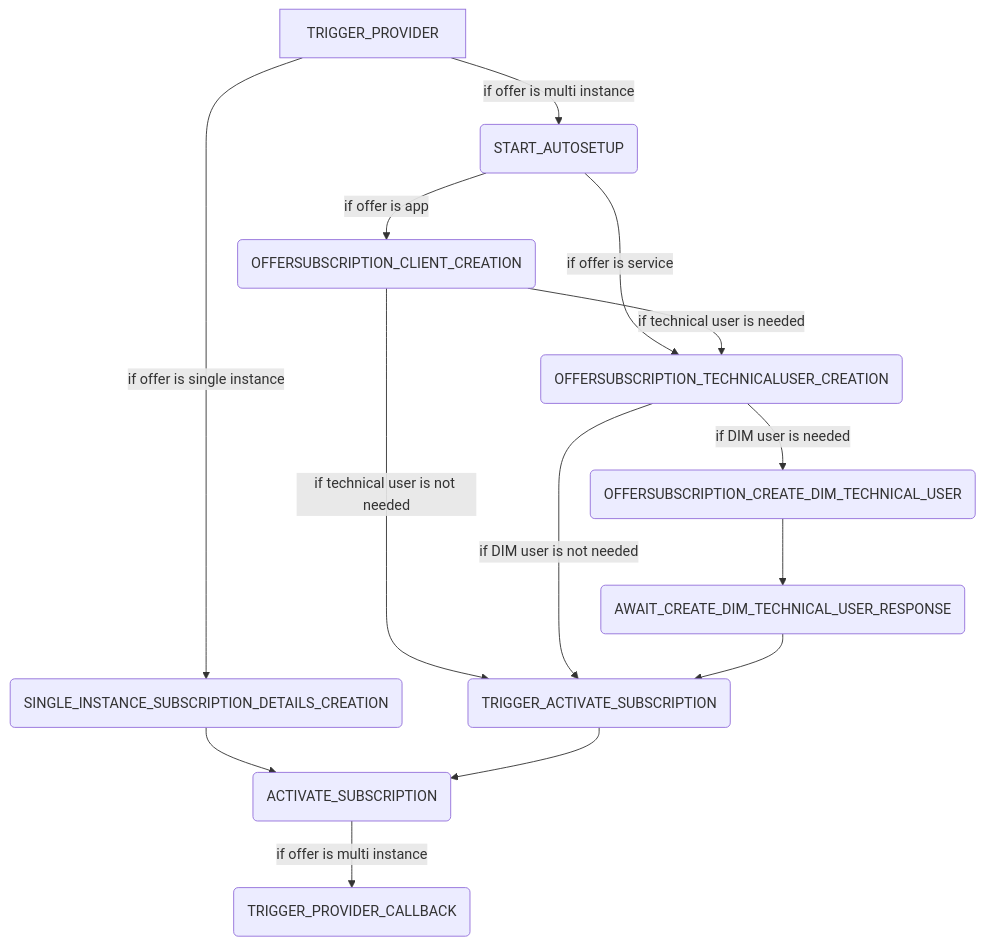
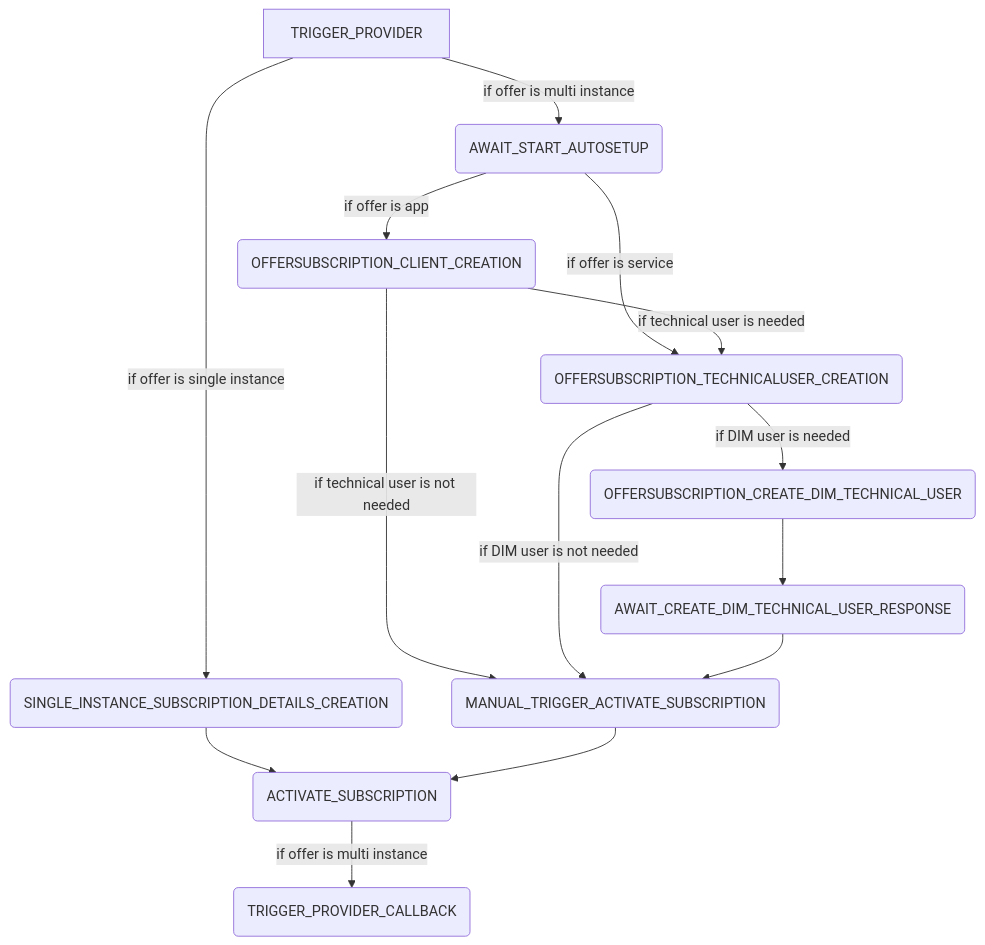
One commit to eclipse-tractusx/portal-assets changed the diagram in docs/developer/09. Process Workers/07. offer_subscription.md. Above: the diagram before and after it, drawn with Mermaid. The commit also changed other lines of this file and 9 other files, not shown here.

````diff
--- a/docs/developer/09. Process Workers/07. offer_subscription.md
+++ b/docs/developer/09. Process Workers/07. offer_subscription.md
@@ -7,27 +7,27 @@
 ```mermaid
 flowchart TD
     A[TRIGGER_PROVIDER]
     B(SINGLE_INSTANCE_SUBSCRIPTION_DETAILS_CREATION)
-    C(START_AUTOSETUP)
+    C(AWAIT_START_AUTOSETUP)
     D(OFFERSUBSCRIPTION_CLIENT_CREATION)
     E(OFFERSUBSCRIPTION_TECHNICALUSER_CREATION)
     F(OFFERSUBSCRIPTION_CREATE_DIM_TECHNICAL_USER)
     G(ACTIVATE_SUBSCRIPTION)
-    H(TRIGGER_ACTIVATE_SUBSCRIPTION)
+    H(MANUAL_TRIGGER_ACTIVATE_SUBSCRIPTION)
     I(TRIGGER_PROVIDER_CALLBACK)
     J(AWAIT_CREATE_DIM_TECHNICAL_USER_RESPONSE)
     A --> |if offer is single instance| B
     A --> |if offer is multi instance| C
     B --> G
     C --> |if offer is app| D
     C --> |if offer is service| E
     D --> |if technical user is needed| E
     D --> |if technical user is not needed| H
     E --> |if DIM user is needed| F
     E --> |if DIM user is not needed| H
     F --> J
     J --> H
     H --> G
     G --> |if offer is multi instance| I
 
 ```
````
